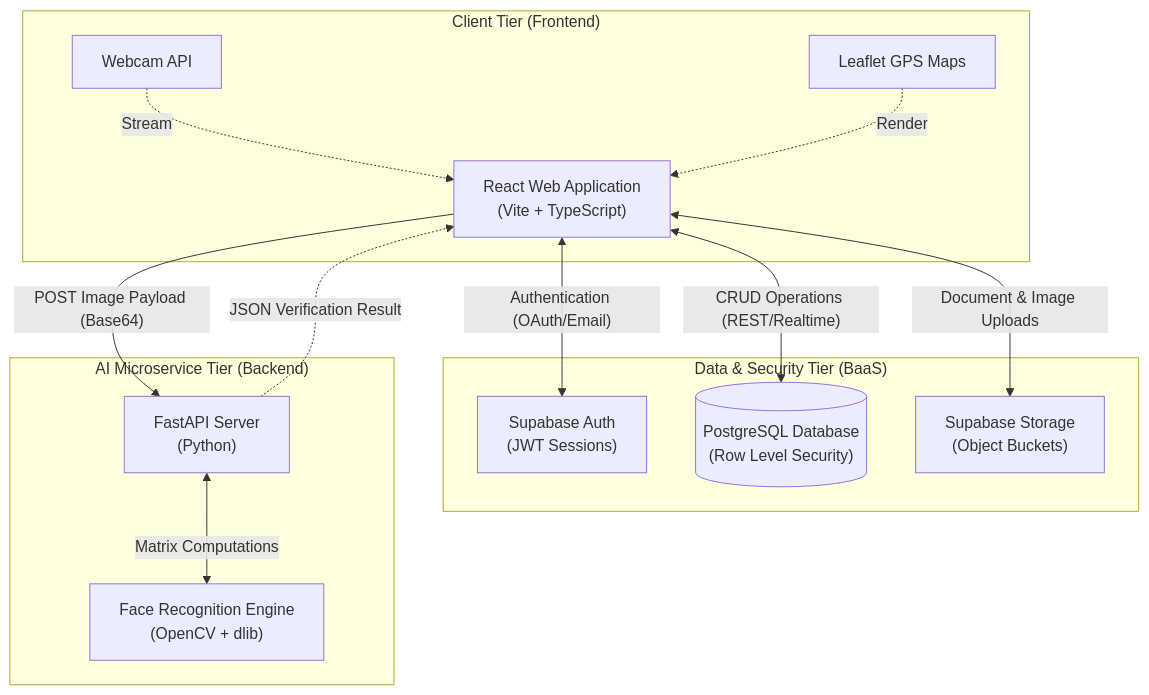
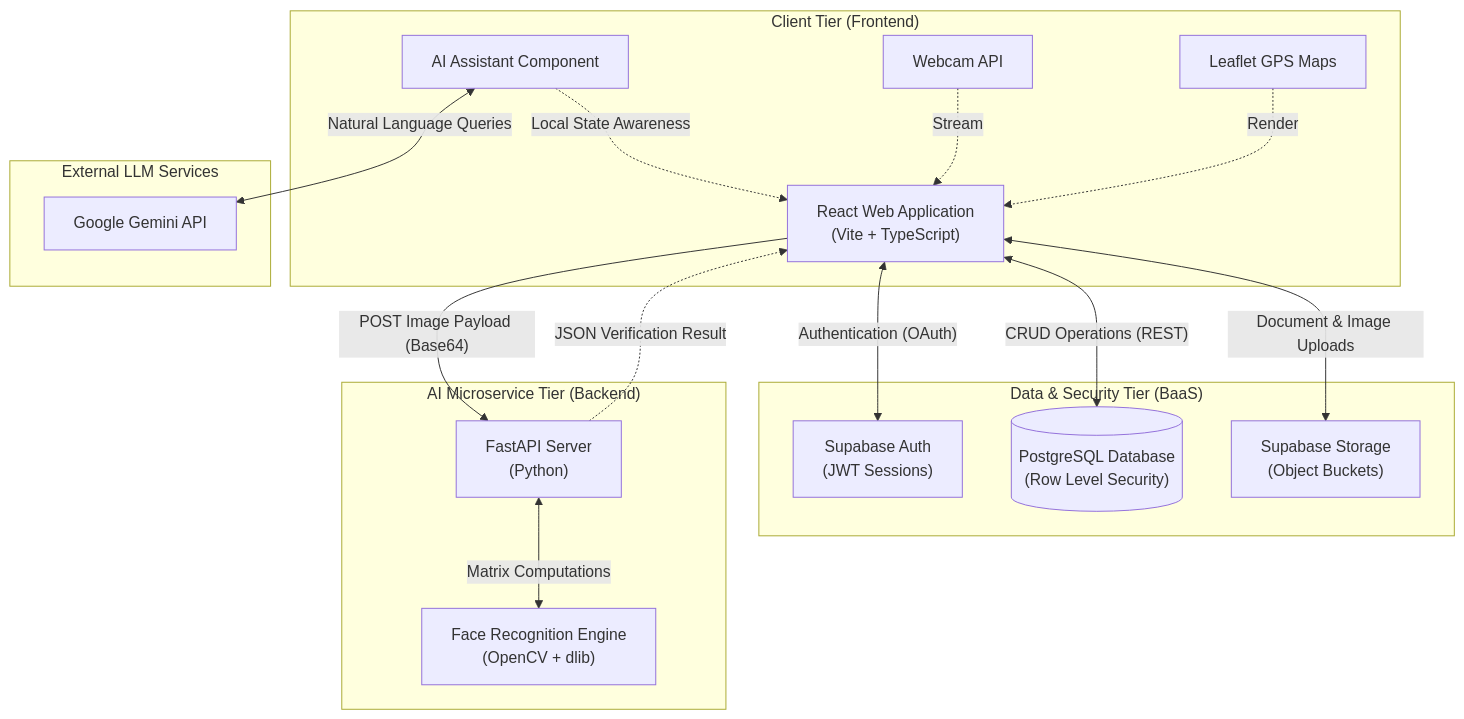
One commit to vincenico28/WorkForcePro changed the first of 2 diagrams in system_architecture.md. Above: the diagram before and after it, drawn with Mermaid. The commit also changed other lines of this file, not shown here.

Commit message:
update system architecture with Gemini integration and clock-out anomaly detection logic

````diff
--- a/system_architecture.md
+++ b/system_architecture.md
@@ -12,31 +12,39 @@
 ```mermaid
 graph TD
     subgraph "Client Tier (Frontend)"
         UI["React Web Application\n(Vite + TypeScript)"]
         Map["Leaflet GPS Maps"]
         Cam["Webcam API"]
+        Chat["AI Assistant Component"]
     end
 
     subgraph "Data & Security Tier (BaaS)"
         SupaAuth["Supabase Auth\n(JWT Sessions)"]
         SupaDB[("PostgreSQL Database\n(Row Level Security)")]
         SupaStore["Supabase Storage\n(Object Buckets)"]
     end
 
     subgraph "AI Microservice Tier (Backend)"
         FastAPI["FastAPI Server\n(Python)"]
         OpenCV["Face Recognition Engine\n(OpenCV + dlib)"]
     end
 
+    subgraph "External LLM Services"
+        Gemini["Google Gemini API"]
+    end
+
     %% Connections
-    UI <-->|"Authentication (OAuth/Email)"| SupaAuth
-    UI <-->|"CRUD Operations (REST/Realtime)"| SupaDB
+    UI <-->|"Authentication (OAuth)"| SupaAuth
+    UI <-->|"CRUD Operations (REST)"| SupaDB
     UI <-->|"Document & Image Uploads"| SupaStore
     
     UI -->|"POST Image Payload (Base64)"| FastAPI
     FastAPI <-->|"Matrix Computations"| OpenCV
     FastAPI -.->|"JSON Verification Result"| UI
     
+    Chat <-->|"Natural Language Queries"| Gemini
+    Chat -.->|"Local State Awareness"| UI
+    
     Cam -.->|"Stream"| UI
     Map -.->|"Render"| UI
 ```
````
